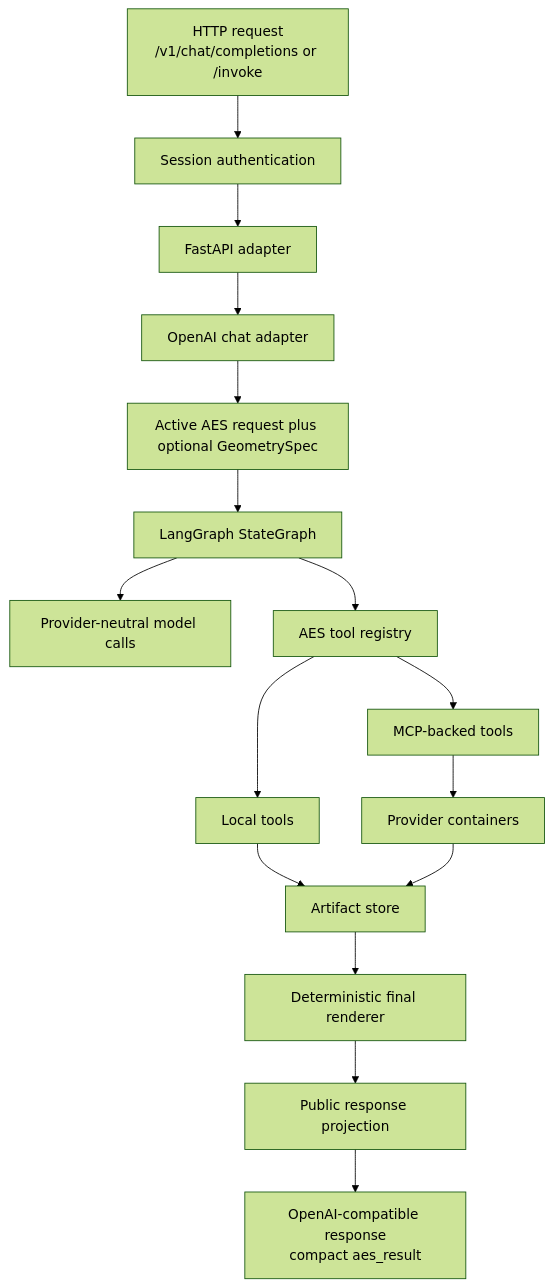
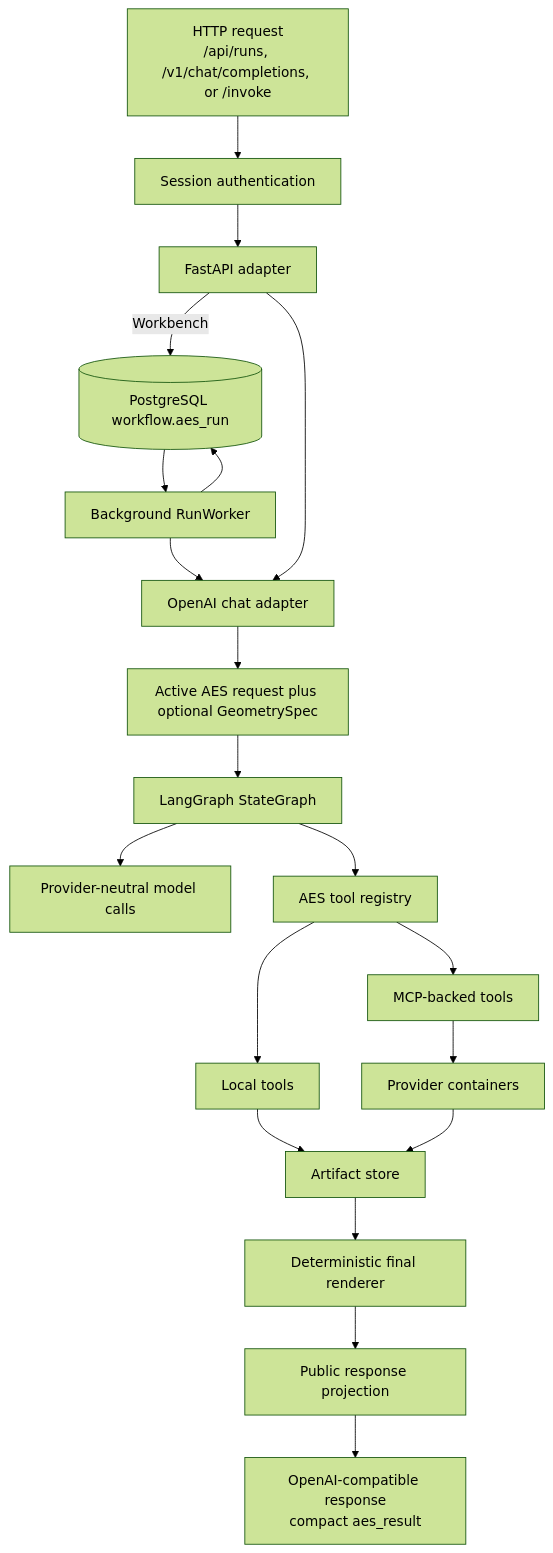
One commit to RadmirG/AES changed the first of 13 diagrams in langgraph/architecture.md. Above: the diagram before and after it, drawn with Mermaid (forest theme). The commit also changed other lines of this file and 23 other files, not shown here.

Commit message:
New recovery flow after browser refresh

````diff
--- a/langgraph/architecture.md
+++ b/langgraph/architecture.md
@@ -8,18 +8,22 @@
 ```mermaid
 flowchart TD
-    A["HTTP request<br/>/v1/chat/completions or /invoke"] --> AUTH["Session authentication"]
+    A["HTTP request<br/>/api/runs, /v1/chat/completions, or /invoke"] --> AUTH["Session authentication"]
     AUTH --> B["FastAPI adapter"]
+    B -->|Workbench| JOBS[("PostgreSQL workflow.aes_run")]
+    JOBS --> WORKER["Background RunWorker"]
+    WORKER --> C
+    WORKER --> JOBS
     B --> C["OpenAI chat adapter"]
     C --> D["Active AES request plus optional GeometrySpec"]
     D --> E["LangGraph StateGraph"]
     E --> F["Provider-neutral model calls"]
     E --> G["AES tool registry"]
     G --> H["MCP-backed tools"]
     G --> I["Local tools"]
     H --> J["Provider containers"]
     I --> K["Artifact store"]
     J --> K
     K --> L["Deterministic final renderer"]
     L --> P["Public response projection"]
     P --> M["OpenAI-compatible response<br/>compact aes_result"]
 ```
````
